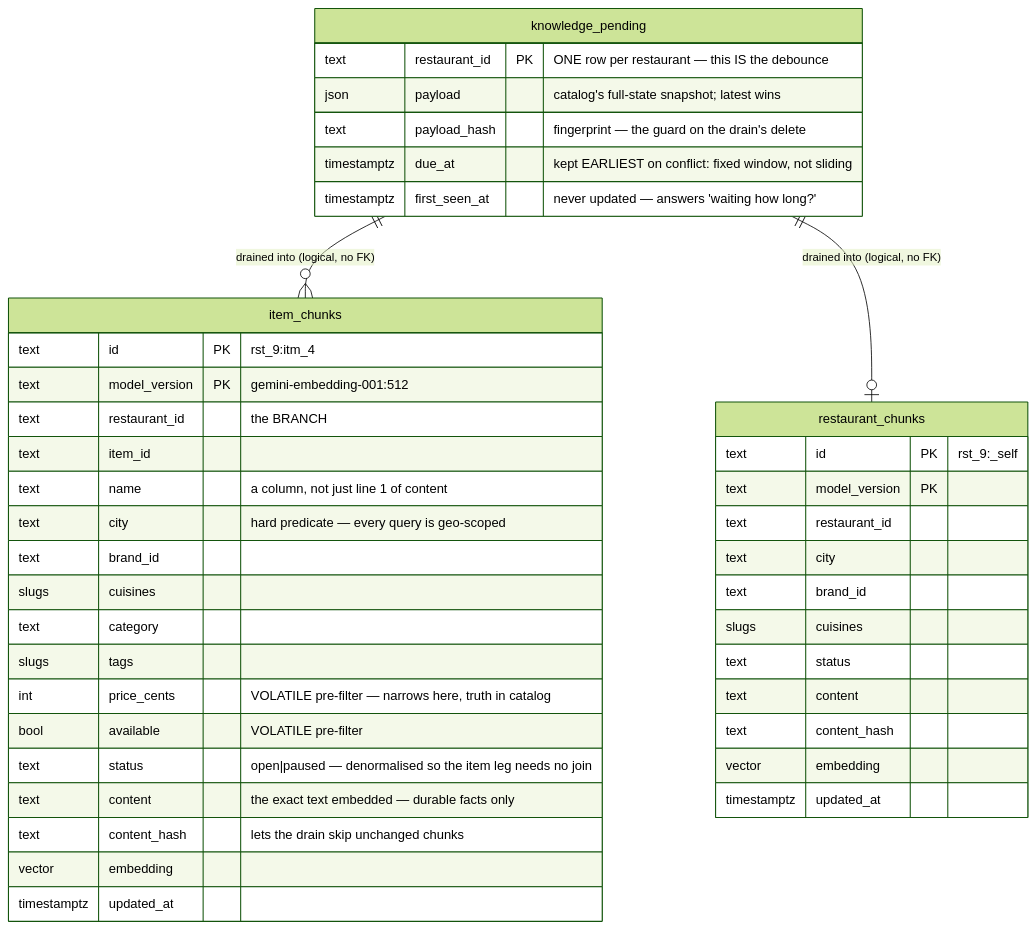
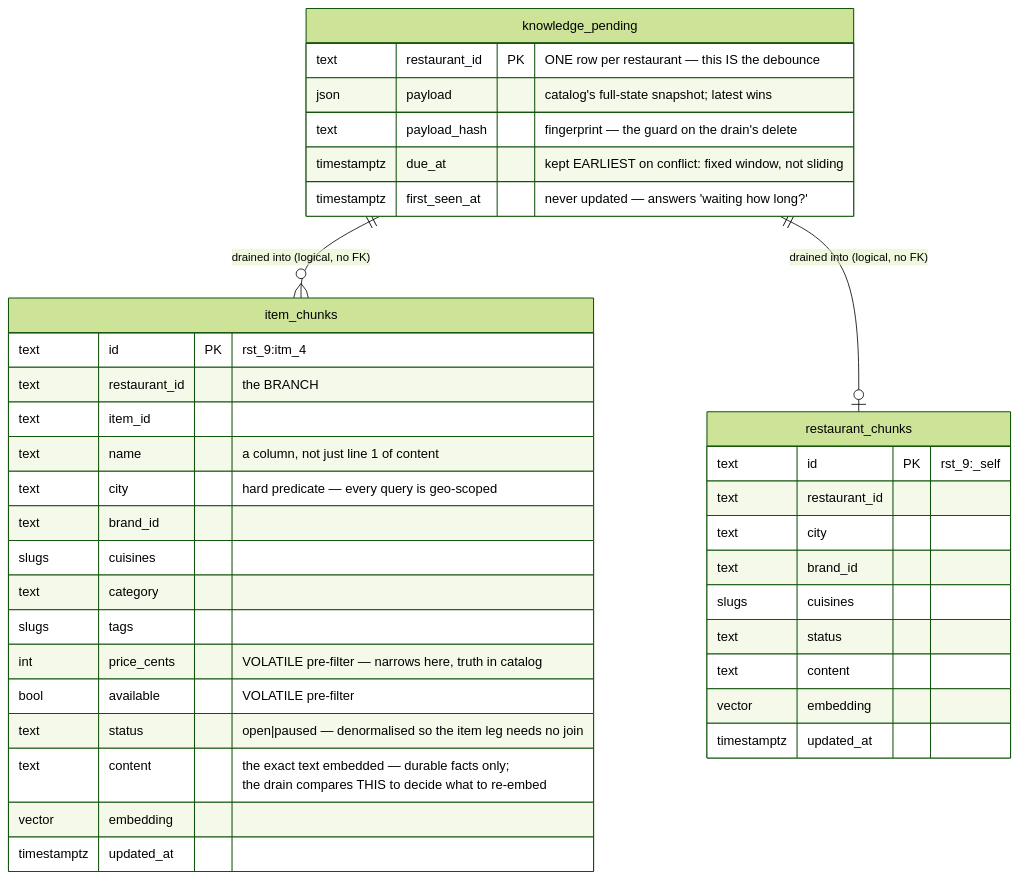
Before and after one commit to Aizazahmed-7/SmartFoodOps: the seventh of 8 diagrams in docs/erd.md, drawn with Mermaid (forest theme). The commit also changed other lines of this file and 37 other files, not shown here.

Commit message:
remove model_version

````diff
--- a/docs/erd.md
+++ b/docs/erd.md
@@ -558,44 +558,40 @@
 ```mermaid
 erDiagram
     knowledge_pending {
         text restaurant_id PK "ONE row per restaurant — this IS the debounce"
         json payload "catalog's full-state snapshot; latest wins"
         text payload_hash "fingerprint — the guard on the drain's delete"
         timestamptz due_at "kept EARLIEST on conflict: fixed window, not sliding"
         timestamptz first_seen_at "never updated — answers 'waiting how long?'"
     }
     item_chunks {
         text id PK "rst_9:itm_4"
-        text model_version PK "gemini-embedding-001:512"
         text restaurant_id "the BRANCH"
         text item_id
         text name "a column, not just line 1 of content"
         text city "hard predicate — every query is geo-scoped"
         text brand_id
         slugs cuisines
         text category
         slugs tags
         int price_cents "VOLATILE pre-filter — narrows here, truth in catalog"
         bool available "VOLATILE pre-filter"
         text status "open|paused — denormalised so the item leg needs no join"
-        text content "the exact text embedded — durable facts only"
-        text content_hash "lets the drain skip unchanged chunks"
+        text content "the exact text embedded — durable facts only;<br>the drain compares THIS to decide what to re-embed"
         vector embedding
         timestamptz updated_at
     }
     restaurant_chunks {
         text id PK "rst_9:_self"
-        text model_version PK
         text restaurant_id
         text city
         text brand_id
         slugs cuisines
         text status
         text content
-        text content_hash
         vector embedding
         timestamptz updated_at
     }
     knowledge_pending ||--o{ item_chunks : "drained into (logical, no FK)"
     knowledge_pending ||--o| restaurant_chunks : "drained into (logical, no FK)"
 ```
````
